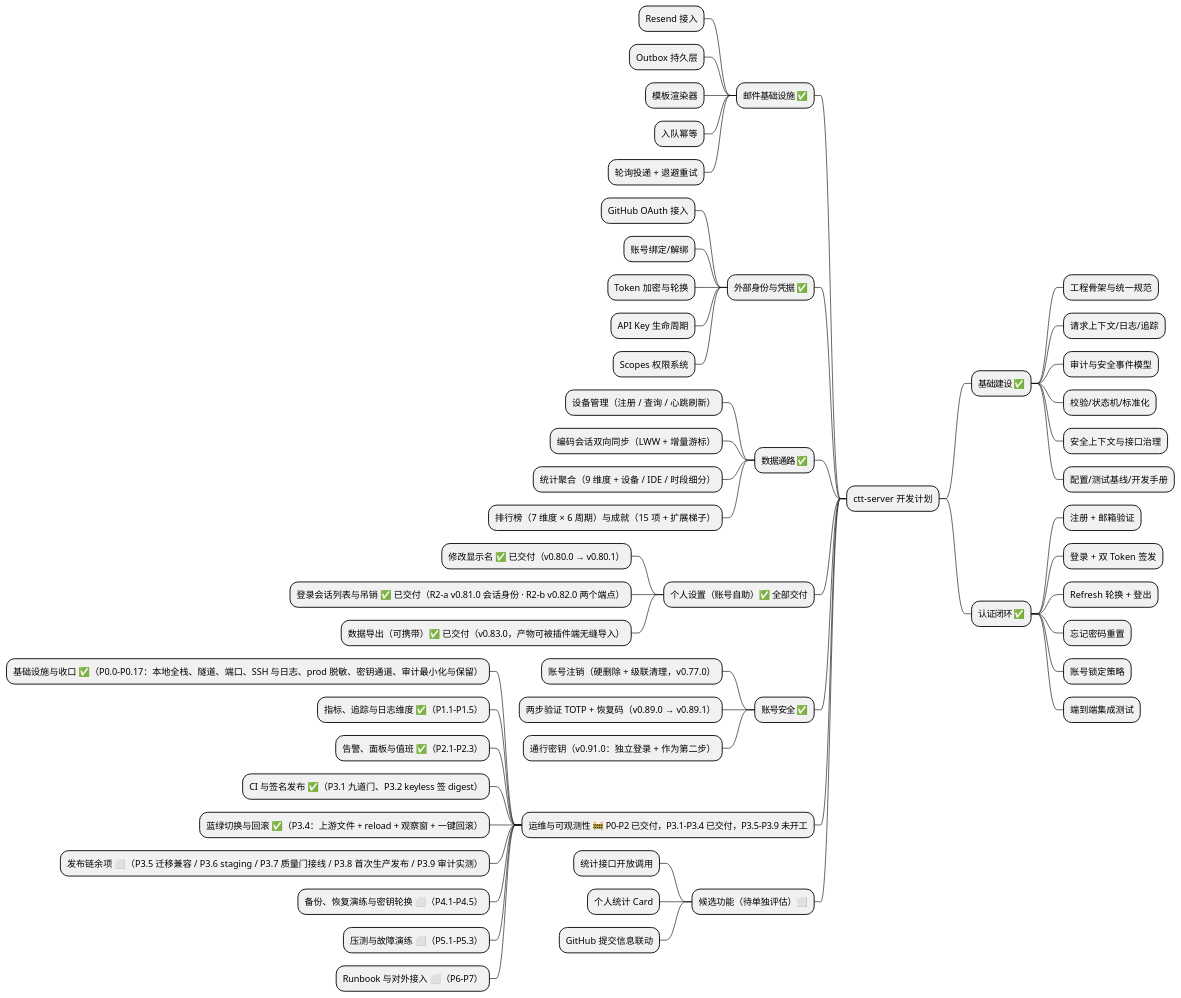
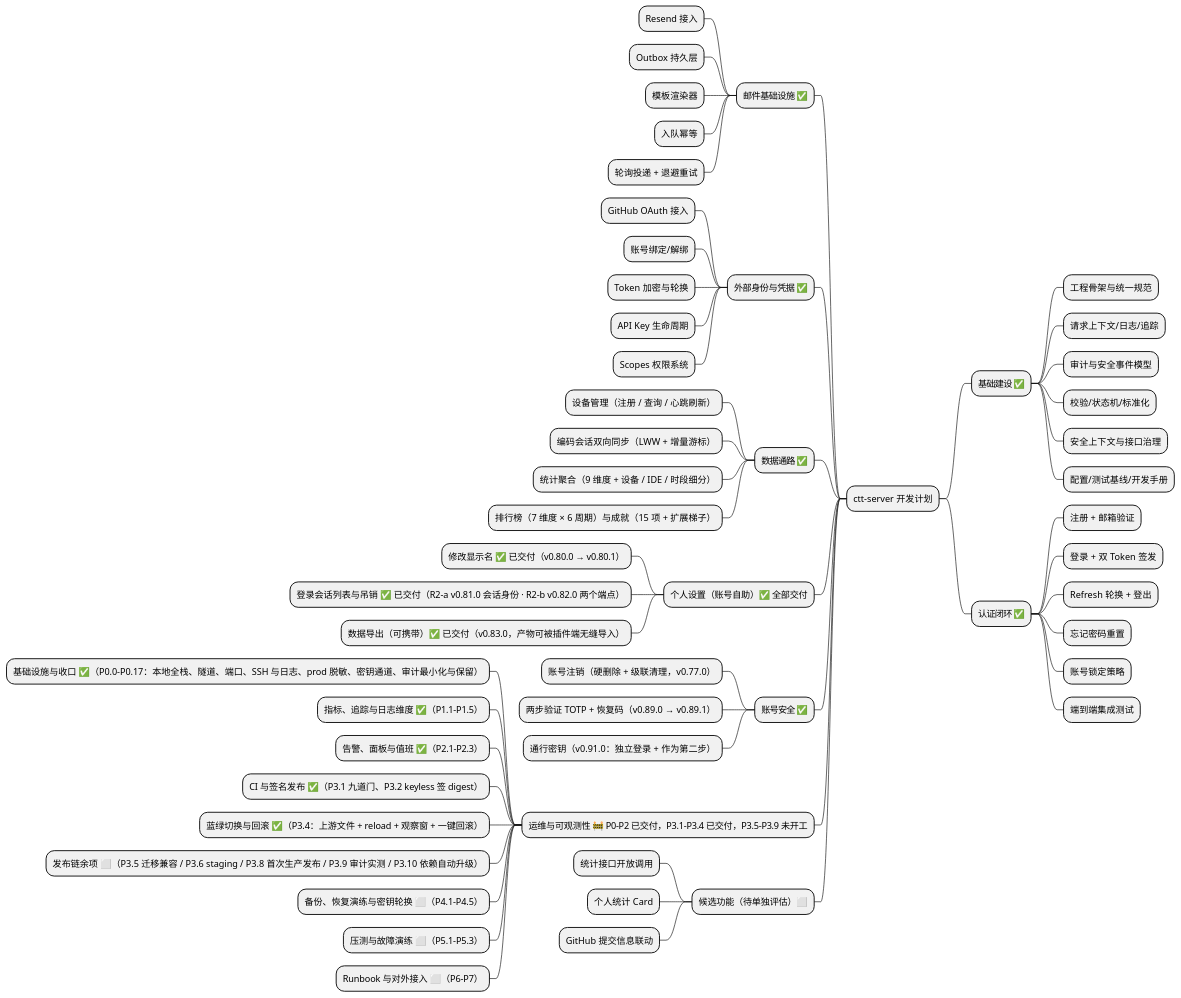
Before and after one commit to AhogeK/ctt-server: the first of 9 diagrams in .plans/ctt-server-development-plan.md, drawn with PlantUML. The commit also changed other lines of this file and 4 other files, not shown here.

````diff
--- a/.plans/ctt-server-development-plan.md
+++ b/.plans/ctt-server-development-plan.md
@@ -34,60 +34,60 @@
 ```plantuml
 @startmindmap
 * ctt-server 开发计划
 ** 基础建设 ✅
 *** 工程骨架与统一规范
 *** 请求上下文/日志/追踪
 *** 审计与安全事件模型
 *** 校验/状态机/标准化
 *** 安全上下文与接口治理
 *** 配置/测试基线/开发手册
 ** 认证闭环 ✅
 *** 注册 + 邮箱验证
 *** 登录 + 双 Token 签发
 *** Refresh 轮换 + 登出
 *** 忘记密码重置
 *** 账号锁定策略
 *** 端到端集成测试
 
 left side
 ** 邮件基础设施 ✅
 *** Resend 接入
 *** Outbox 持久层
 *** 模板渲染器
 *** 入队幂等
 *** 轮询投递 + 退避重试
 ** 外部身份与凭据 ✅
 *** GitHub OAuth 接入
 *** 账号绑定/解绑
 *** Token 加密与轮换
 *** API Key 生命周期
 *** Scopes 权限系统
 ** 数据通路 ✅
 *** 设备管理（注册 / 查询 / 心跳刷新）
 *** 编码会话双向同步（LWW + 增量游标）
 *** 统计聚合（9 维度 + 设备 / IDE / 时段细分）
 *** 排行榜（7 维度 × 6 周期）与成就（15 项 + 扩展梯子）
 ** 个人设置（账号自助）✅ 全部交付
 *** 修改显示名 ✅ 已交付（v0.80.0 → v0.80.1）
 *** 登录会话列表与吊销 ✅ 已交付（R2-a v0.81.0 会话身份 · R2-b v0.82.0 两个端点）
 *** 数据导出（可携带）✅ 已交付（v0.83.0，产物可被插件端无缝导入）
 ** 账号安全 ✅
 *** 账号注销（硬删除 + 级联清理，v0.77.0）
 *** 两步验证 TOTP + 恢复码（v0.89.0 → v0.89.1）
 *** 通行密钥（v0.91.0：独立登录 + 作为第二步）
 ** 运维与可观测性 🚧 P0–P2 已交付，P3.1–P3.4 已交付，P3.5–P3.9 未开工
 *** 基础设施与收口 ✅（P0.0–P0.17：本地全栈、隧道、端口、SSH 与日志、prod 脱敏、密钥通道、审计最小化与保留）
 *** 指标、追踪与日志维度 ✅（P1.1–P1.5）
 *** 告警、面板与值班 ✅（P2.1–P2.3）
 *** CI 与签名发布 ✅（P3.1 九道门、P3.2 keyless 签 digest）
 *** 蓝绿切换与回滚 ✅（P3.4：上游文件 + reload + 观察窗 + 一键回滚）
-*** 发布链余项 ⬜（P3.5 迁移兼容 / P3.6 staging / P3.7 质量门接线 / P3.8 首次生产发布 / P3.9 审计实测）
+*** 发布链余项 ⬜（P3.5 迁移兼容 / P3.6 staging / P3.8 首次生产发布 / P3.9 审计实测 / P3.10 依赖自动升级）
 *** 备份、恢复演练与密钥轮换 ⬜（P4.1–P4.5）
 *** 压测与故障演练 ⬜（P5.1–P5.3）
 *** Runbook 与对外接入 ⬜（P6–P7）
 ** 候选功能（待单独评估）⬜
 *** 统计接口开放调用
 *** 个人统计 Card
 *** GitHub 提交信息联动
 @endmindmap
 ```
````
